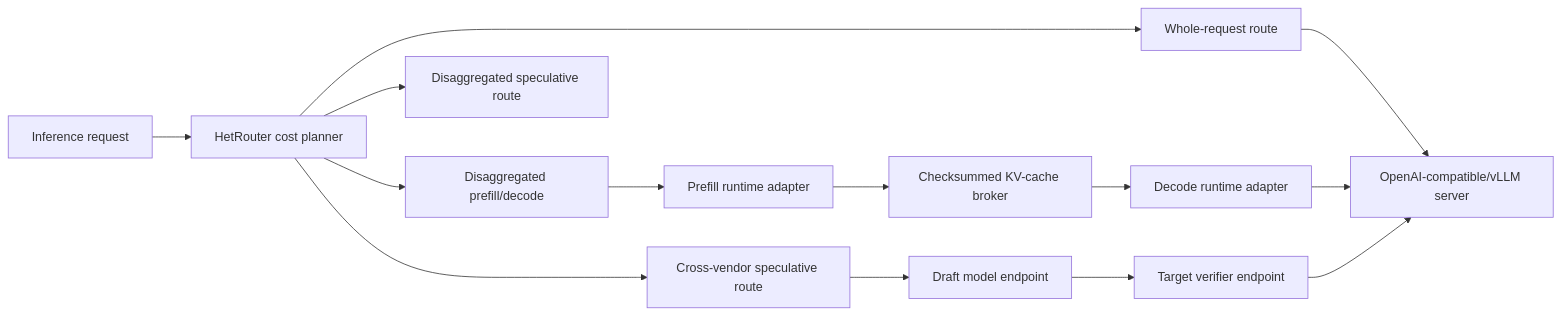
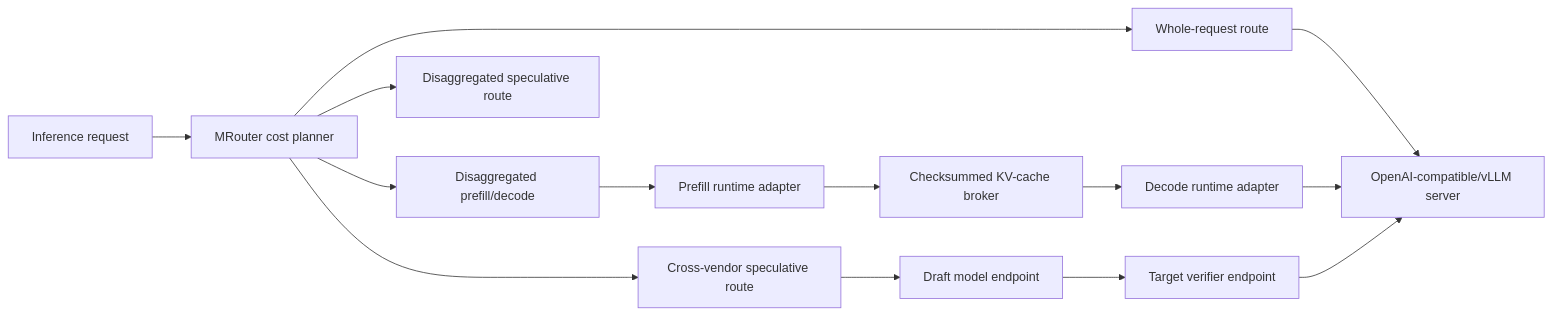
One commit to nandha030/OpenMycelium changed the diagram in docs/INFERENCE_FABRIC.md. Above: the diagram before and after it, drawn with Mermaid. The commit also changed other lines of this file and 11 other files, not shown here.

````diff
--- a/docs/INFERENCE_FABRIC.md
+++ b/docs/INFERENCE_FABRIC.md
@@ -10,16 +10,16 @@
 ```mermaid
 flowchart LR
-    Request["Inference request"] --> Router["HetRouter cost planner"]
+    Request["Inference request"] --> Router["MRouter cost planner"]
     Router --> Whole["Whole-request route"]
     Router --> Split["Disaggregated prefill/decode"]
     Router --> Spec["Cross-vendor speculative route"]
     Router --> Combined["Disaggregated speculative route"]
     Split --> Source["Prefill runtime adapter"]
     Source --> Broker["Checksummed KV-cache broker"]
     Broker --> Target["Decode runtime adapter"]
     Spec --> Draft["Draft model endpoint"]
     Draft --> Verify["Target verifier endpoint"]
     Whole --> VLLM["OpenAI-compatible/vLLM server"]
     Target --> VLLM
     Verify --> VLLM
 ```
````
